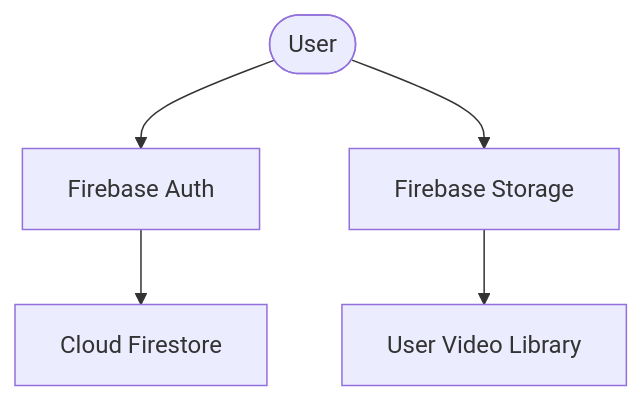
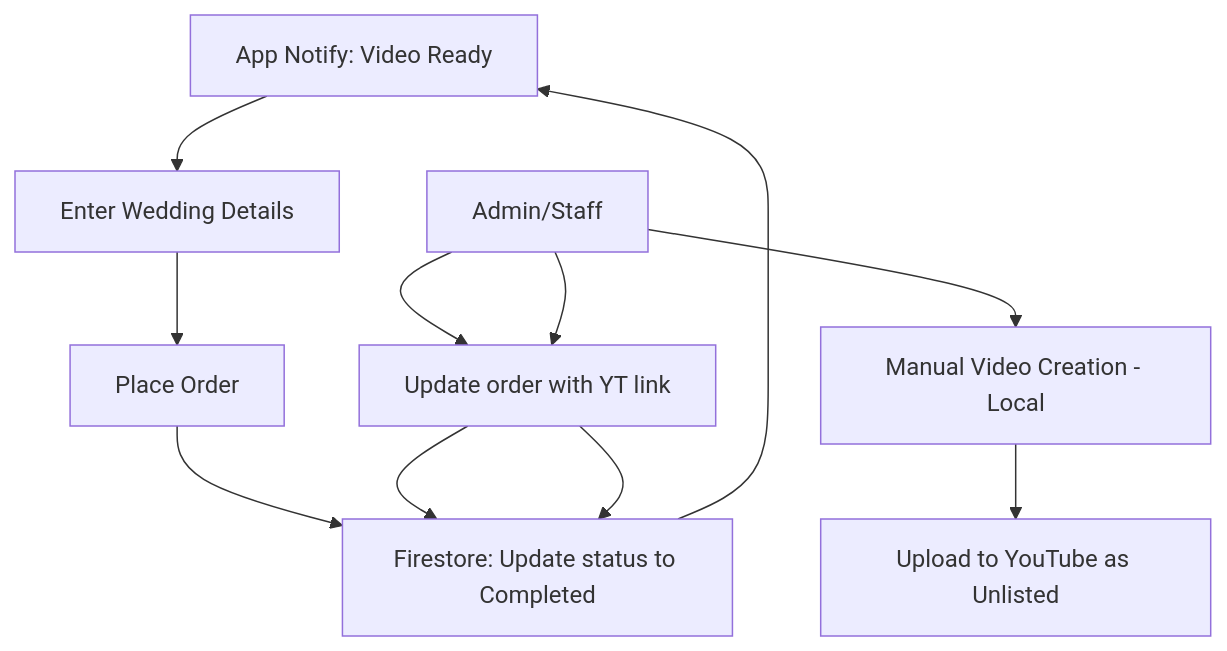
The diagram in docs/architecture.md (shubham7011v/ignis_core), drawn with Mermaid before and after one commit. The commit also changed other lines of this file and 8 other files, not shown here.

````diff
--- a/docs/architecture.md
+++ b/docs/architecture.md
@@ -78,7 +23,13 @@
 ```mermaid
 graph TD
-    User([User]) --> Firebase[Firebase Auth]
-    Firebase --> Firestore[Cloud Firestore]
-    User --> Storage[Firebase Storage]
-    Storage --> Videos[User Video Library]
+    User([User]) --> Form[Enter Wedding Details]
+    Form --> Order[Place Order]
+    Order --> Firebase[Firestore: Order Pending]
+    Admin[Admin/Staff] --> Dash[Admin Dashboard on Go VPS]
+    Dash --> Firebase
+    Admin --> Edit[Manual Video Creation - Local]
+    Edit --> YT[Upload to YouTube as Unlisted]
+    Admin --> Dash[Update order with YT link]
+    Dash --> Firebase[Firestore: Update status to Completed]
+    Firebase --> User[App Notify: Video Ready]
 ```
````
